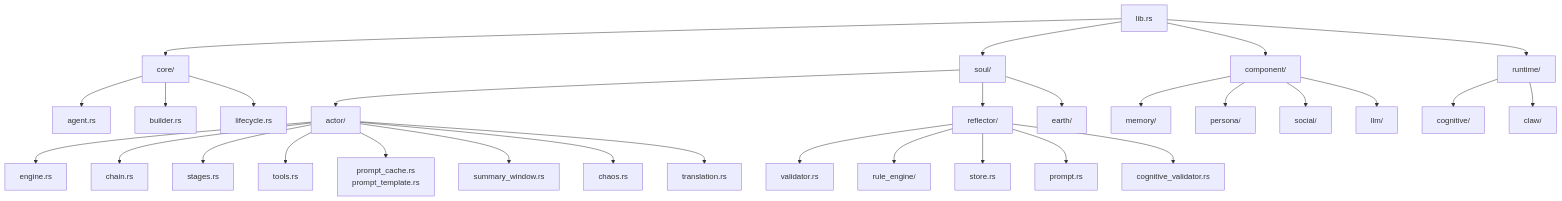
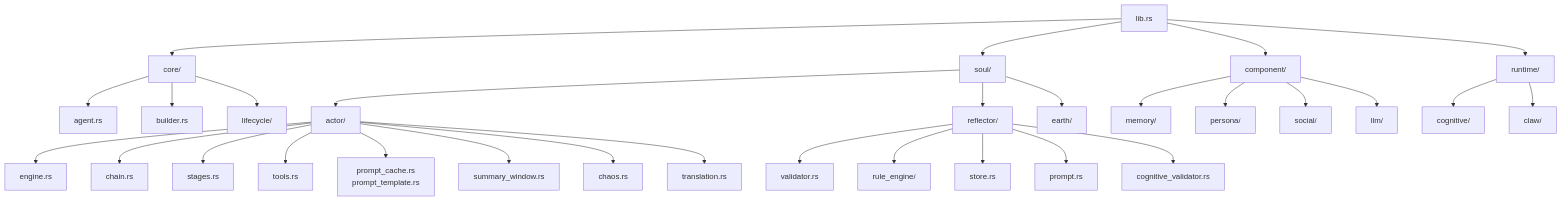
Before and after one commit to 8kugames/Cyber-Jianghu: diagram 11 of 14 in docs/features/flow.md, drawn with Mermaid. The commit also changed other lines of this file and 3 other files, not shown here.

````diff
--- a/docs/features/flow.md
+++ b/docs/features/flow.md
@@ -304,38 +304,38 @@
 ```mermaid
 graph TB
     lib["lib.rs"] --> core["core/"]
     lib --> soul["soul/"]
     lib --> component["component/"]
     lib --> runtime["runtime/"]
 
     core --> agent["agent.rs"]
     core --> builder["builder.rs"]
-    core --> lifecycle["lifecycle.rs"]
+    core --> lifecycle["lifecycle/"]
 
     soul --> actor["actor/"]
     soul --> reflector["reflector/"]
     soul --> earth["earth/"]
 
     actor --> engine["engine.rs"]
     actor --> chain["chain.rs"]
     actor --> stages["stages.rs"]
     actor --> tools["tools.rs"]
     actor --> prompts["prompt_cache.rs<br/>prompt_template.rs"]
     actor --> summary["summary_window.rs"]
     actor --> chaos["chaos.rs"]
     actor --> translation["translation.rs"]
 
     reflector --> validator["validator.rs"]
     reflector --> rule_eng["rule_engine/"]
     reflector --> store["store.rs"]
     reflector --> prompt["prompt.rs"]
     reflector --> cog_val["cognitive_validator.rs"]
 
     component --> memory["memory/"]
     component --> persona["persona/"]
     component --> social["social/"]
     component --> llm["llm/"]
 
     runtime --> cognitive["cognitive/"]
     runtime --> claw["claw/"]
 ```
````
